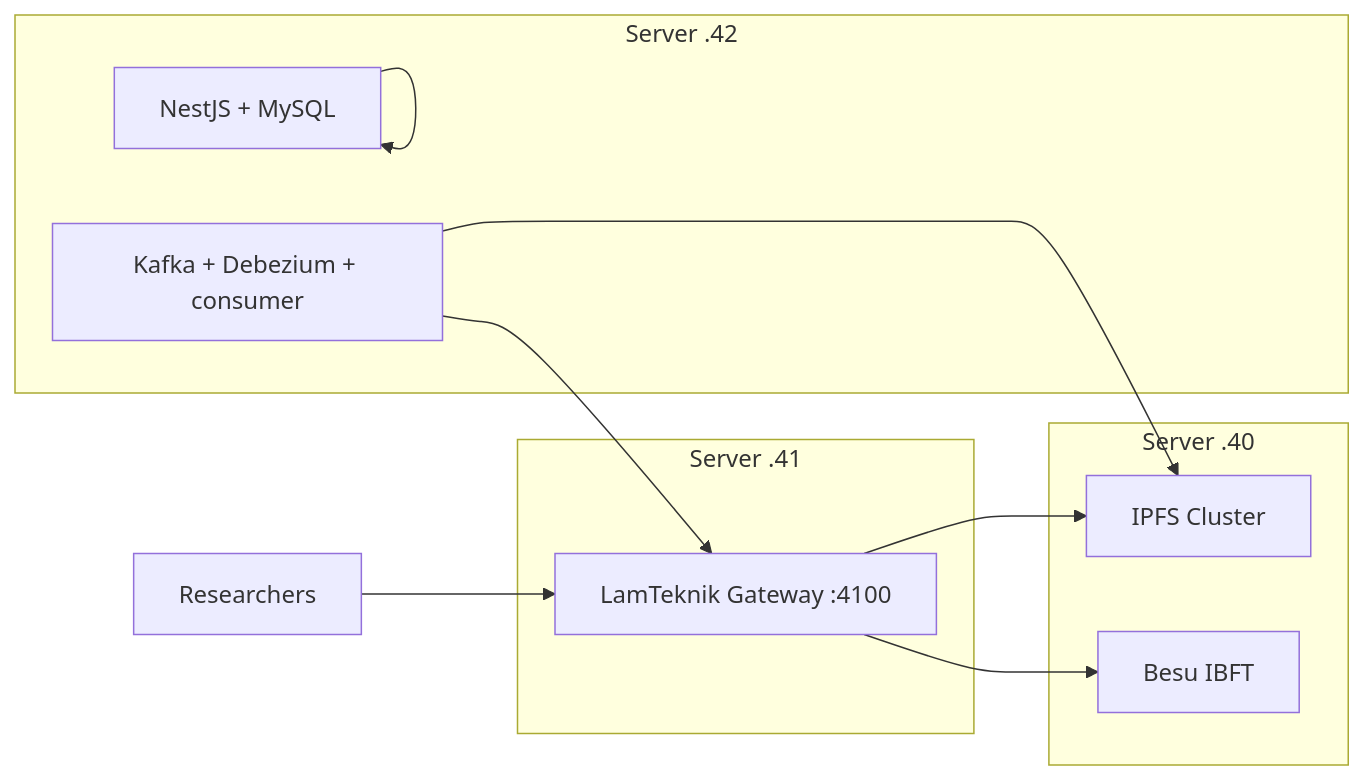
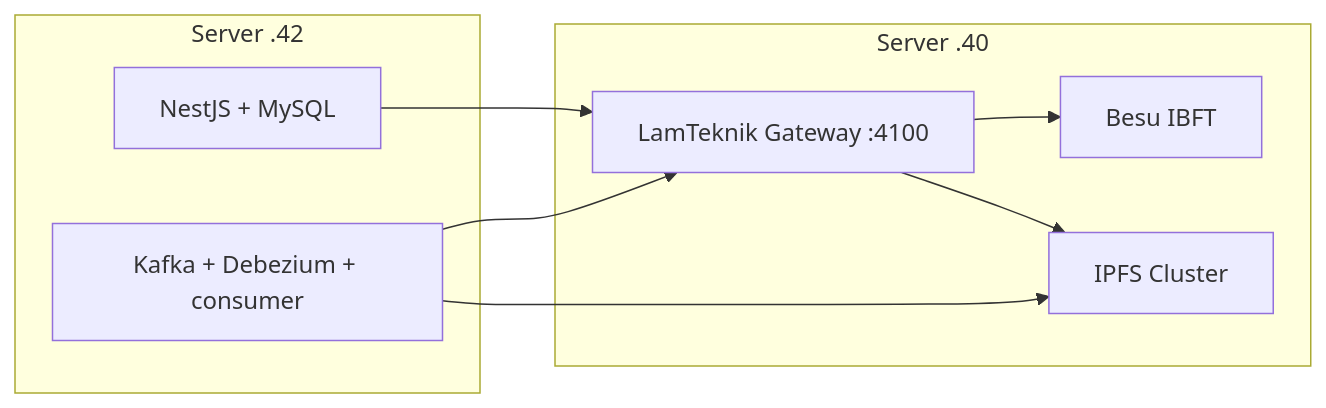
Before and after one commit to DeITdev/lamteknik-blockchain: the diagram in context/revamp-system-plan.md, drawn with Mermaid. The commit also changed other lines of this file and 12 other files, not shown here.

````diff
--- a/context/revamp-system-plan.md
+++ b/context/revamp-system-plan.md
@@ -32,23 +28,19 @@
 ```mermaid
 flowchart LR
   subgraph vm40 [Server .40]
     Besu[Besu IBFT]
     IPFS[IPFS Cluster]
-  end
-
-  subgraph vm41 [Server .41]
     GW[LamTeknik Gateway :4100]
+    GW --> Besu
+    GW --> IPFS
   end
 
   subgraph vm42 [Server .42]
     App[NestJS + MySQL]
     CDC[Kafka + Debezium + consumer]
   end
 
-  Researchers[Researchers] --> GW
+  App --> GW
   CDC --> GW
   CDC --> IPFS
-  GW --> Besu
-  GW --> IPFS
-  App --> App
 ```
````
